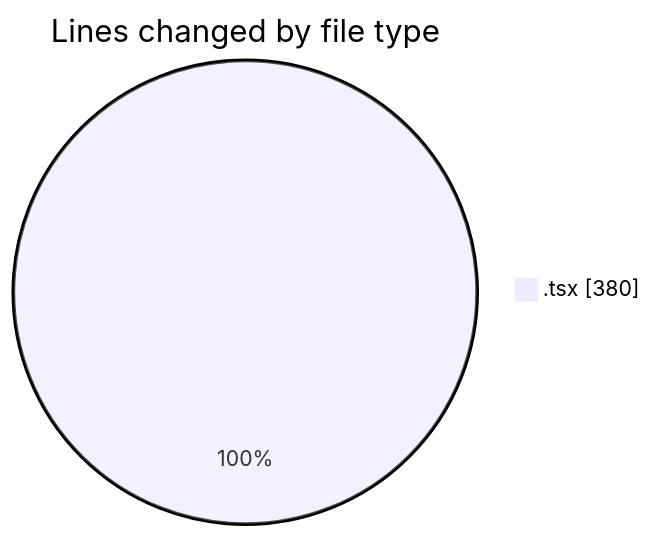
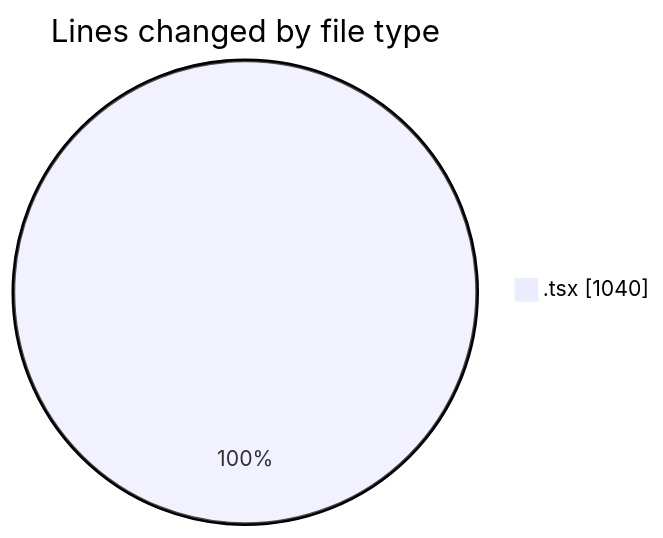
Before and after one commit to nxtqubesakshisongat/code-tracking: the first of 2 diagrams in 2026-05-24/nxtqube_webapp/README.md, drawn with Mermaid. The commit also changed other lines of this file and 1 other file, not shown here.

````diff
--- a/2026-05-24/nxtqube_webapp/README.md
+++ b/2026-05-24/nxtqube_webapp/README.md
@@ -20,5 +21,5 @@
 ```mermaid
 pie showData
 title Lines changed by file type
-".tsx" : 380
+".tsx" : 1040
 ```
````
